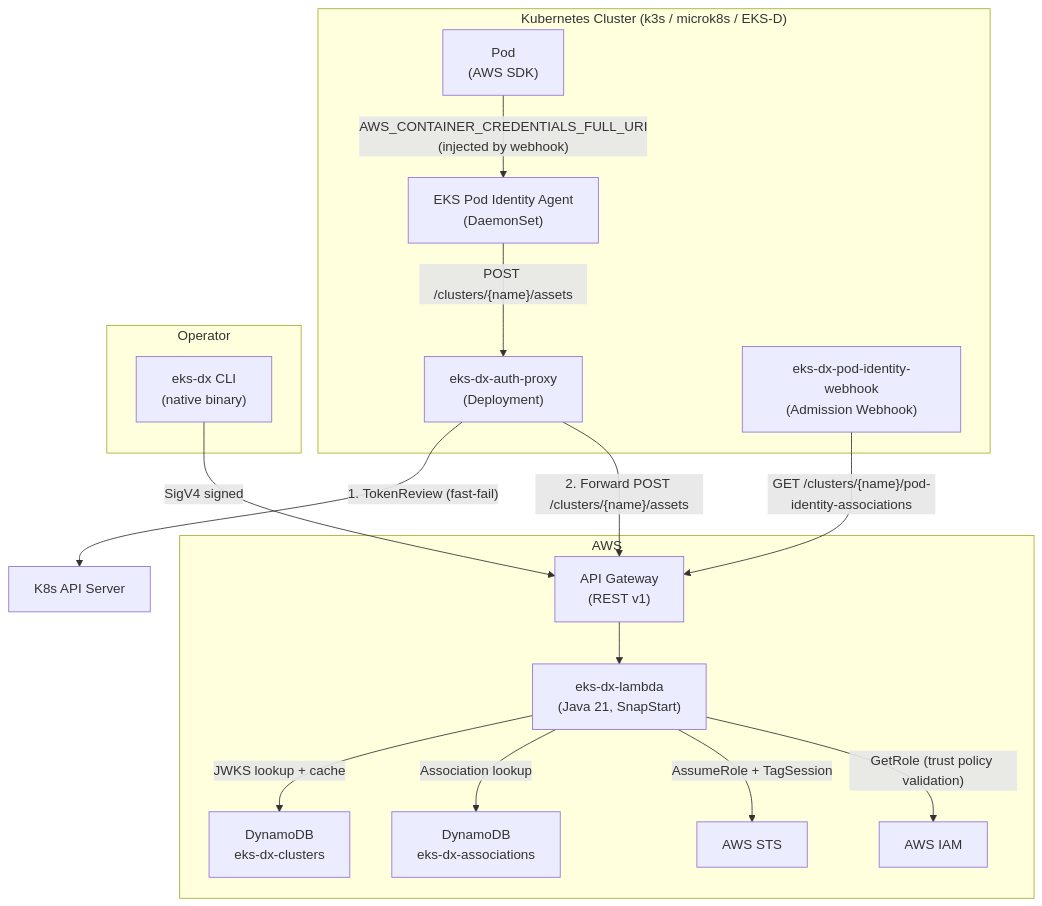
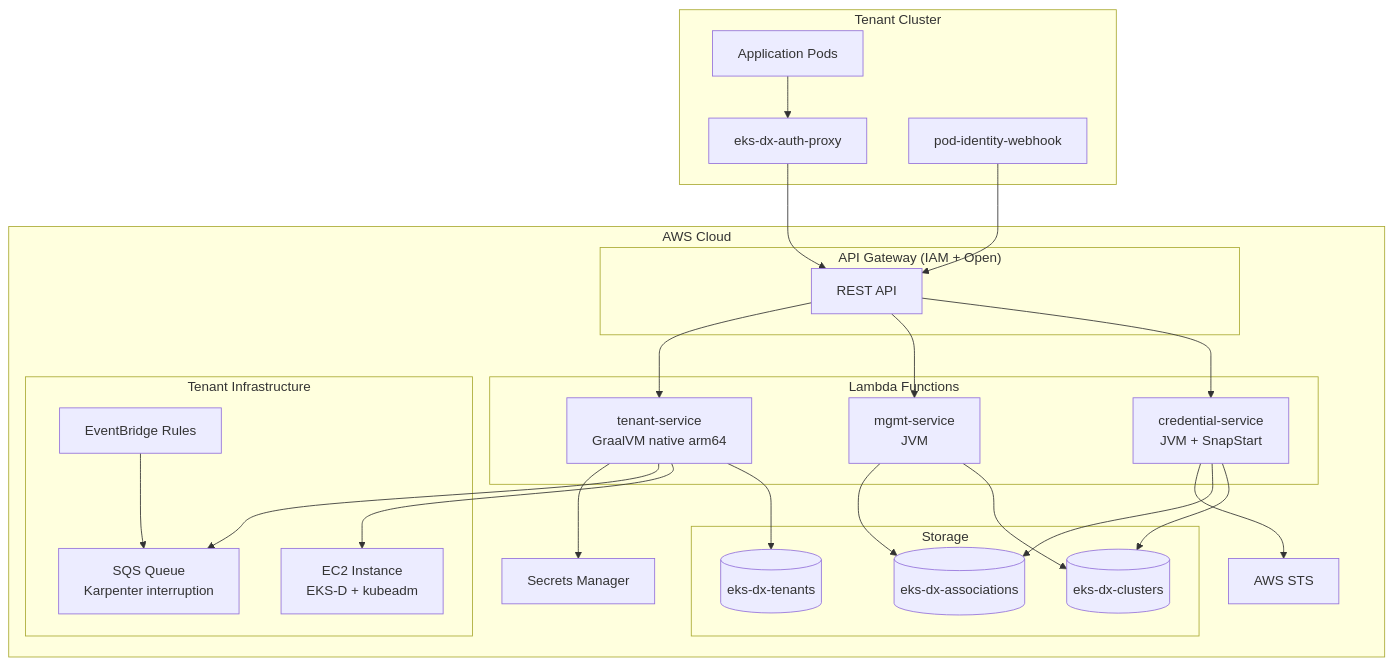
Before and after one commit to plasticity-of-cloud/eks-d-xpress-control-plane: the first of 3 diagrams in .agents/summary/architecture.md, drawn with Mermaid. The commit also changed other lines of this file and 9 other files, not shown here.

````diff
--- a/.agents/summary/architecture.md
+++ b/.agents/summary/architecture.md
@@ -9,34 +9,40 @@
 ```mermaid
 graph TB
-    subgraph "Kubernetes Cluster (k3s / microk8s / EKS-D)"
-        Pod["Pod\n(AWS SDK)"]
-        Agent["EKS Pod Identity Agent\n(DaemonSet)"]
-        Proxy["eks-dx-auth-proxy\n(Deployment)"]
-        Webhook["eks-dx-pod-identity-webhook\n(Admission Webhook)"]
+    subgraph "AWS Cloud"
+        subgraph "API Gateway (IAM + Open)"
+            APIGW[REST API]
+        end
+        subgraph "Lambda Functions"
+            Cred[credential-service<br/>JVM + SnapStart]
+            Mgmt[mgmt-service<br/>JVM]
+            Tenant[tenant-service<br/>GraalVM native arm64]
+        end
+        subgraph "Storage"
+            Clusters[(eks-dx-clusters)]
+            Assoc[(eks-dx-associations)]
+            Tenants[(eks-dx-tenants)]
+        end
+        subgraph "Tenant Infrastructure"
+            EC2[EC2 Instance<br/>EKS-D + kubeadm]
+            SQS[SQS Queue<br/>Karpenter interruption]
+            EB[EventBridge Rules]
+        end
+        STS[AWS STS]
+        SM[Secrets Manager]
     end
-
-    subgraph "AWS"
-        APIGW["API Gateway\n(REST v1)"]
-        Lambda["eks-dx-lambda\n(Java 21, SnapStart)"]
-        DDB_C["DynamoDB\neks-dx-clusters"]
-        DDB_A["DynamoDB\neks-dx-associations"]
-        STS["AWS STS"]
-        IAM["AWS IAM"]
+    
+    subgraph "Tenant Cluster"
+        Proxy[eks-dx-auth-proxy]
+        Webhook[pod-identity-webhook]
+        Pods[Application Pods]
     end
-
-    subgraph "Operator"
-        CLI["eks-dx CLI\n(native binary)"]
-    end
-
-    Pod -->|"AWS_CONTAINER_CREDENTIALS_FULL_URI\n(injected by webhook)"| Agent
-    Agent -->|"POST /clusters/{name}/assets"| Proxy
-    Proxy -->|"1. TokenReview (fast-fail)"| K8sAPI["K8s API Server"]
-    Proxy -->|"2. Forward POST /clusters/{name}/assets"| APIGW
-    APIGW --> Lambda
-    Lambda -->|"JWKS lookup + cache"| DDB_C
-    Lambda -->|"Association lookup"| DDB_A
-    Lambda -->|"AssumeRole + TagSession"| STS
-    Lambda -->|"GetRole (trust policy validation)"| IAM
-    CLI -->|"SigV4 signed"| APIGW
-    Webhook -->|"GET /clusters/{name}/pod-identity-associations"| APIGW
+    
+    APIGW --> Cred & Mgmt & Tenant
+    Cred --> Clusters & Assoc & STS
+    Mgmt --> Clusters & Assoc
+    Tenant --> Tenants & EC2 & SQS & SM
+    EB --> SQS
+    Proxy --> APIGW
+    Webhook --> APIGW
+    Pods --> Proxy
 ```
````
